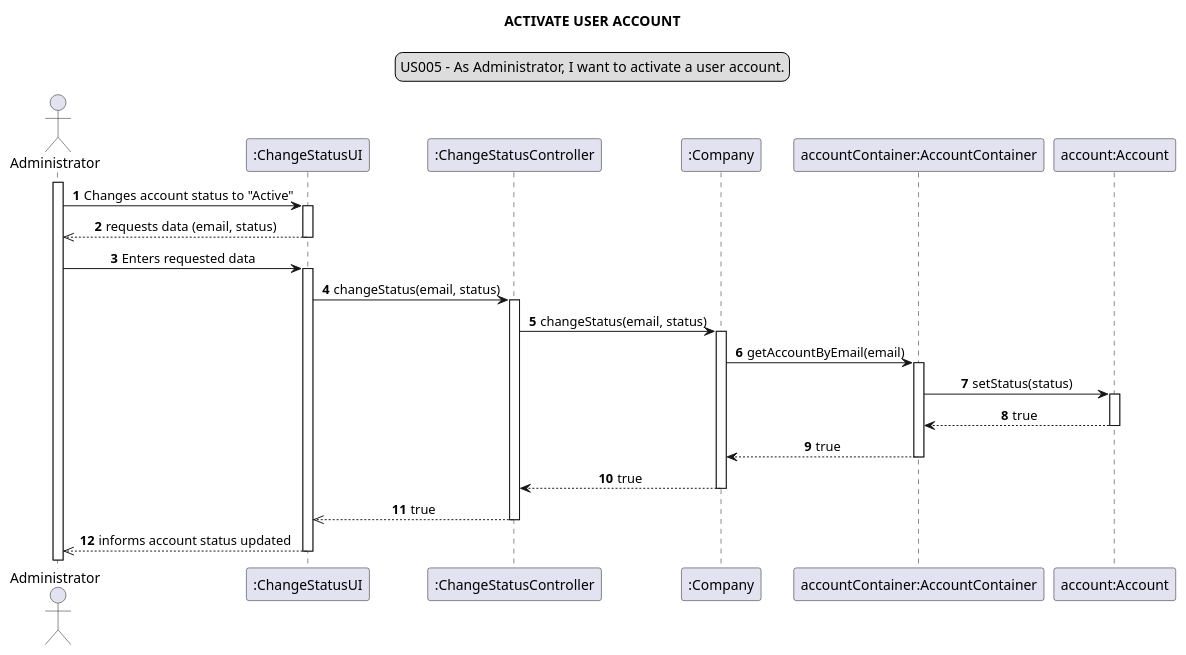
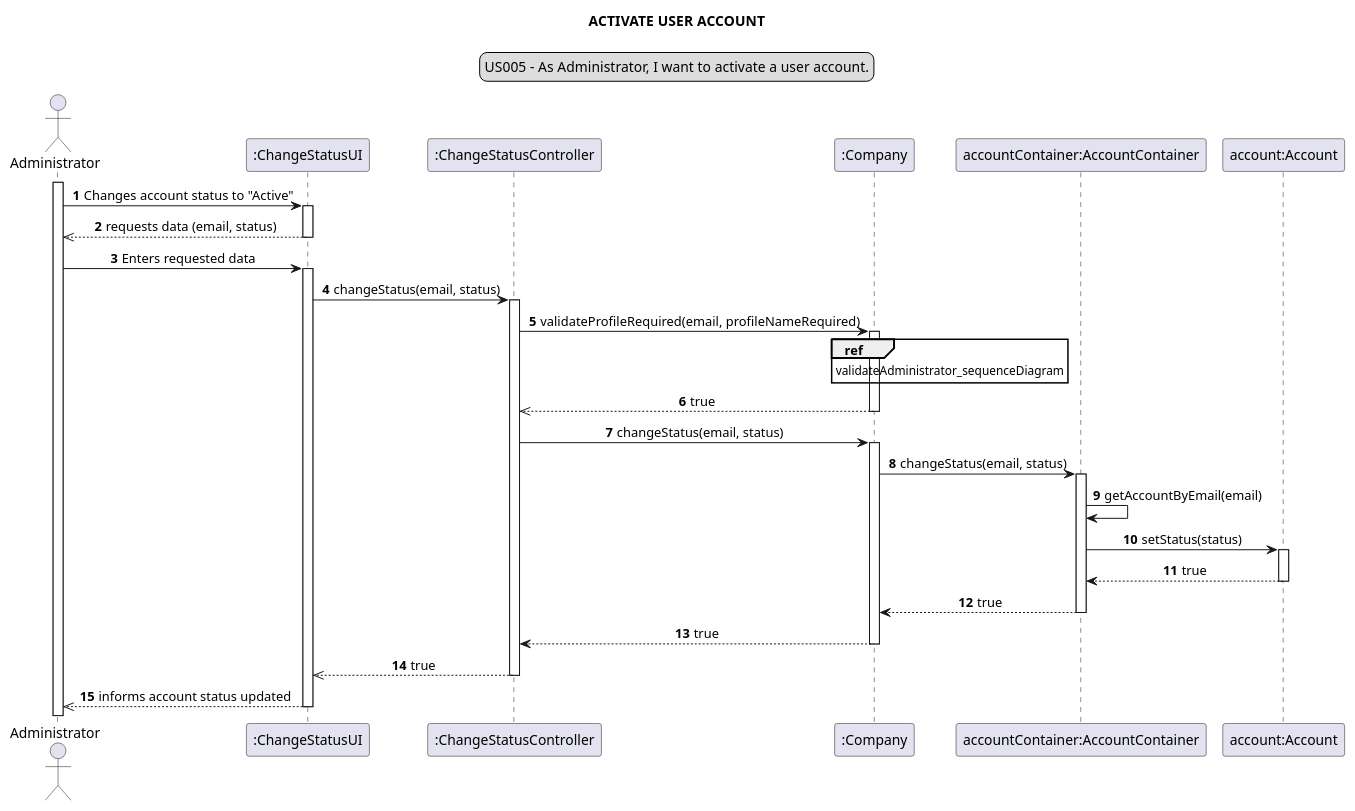
Before and after one commit to Loracline/project_switch_22-23: the diagram in docs/modelling_design/user_stories/sprint01/us006/US006_sequenceDiagram.puml, drawn with PlantUML. The commit also changed 1 other file, not shown here.

Commit message:
US005, US006: Design : refinement of Sequence Diagram

```diff
--- a/docs/modelling_design/user_stories/sprint01/us006/US006_sequenceDiagram.puml
+++ b/docs/modelling_design/user_stories/sprint01/us006/US006_sequenceDiagram.puml
@@ -1,41 +1,47 @@
 @startuml
 legend top
 US005 - As Administrator, I want to activate a user account.
 end legend
 skinparam sequenceMessageAlign center
 title ACTIVATE USER ACCOUNT
 autonumber
-actor "Administrator" as admin
+actor "Administrator" as administrator
 participant ":ChangeStatusUI" as ui
 participant ":ChangeStatusController" as controller
 participant ":Company" as company
 participant "accountContainer:AccountContainer" as container
 participant "account:Account" as account
 
-activate admin
-admin -> ui : Changes account status to "Active"
+activate administrator
+administrator -> ui : Changes account status to "Active"
 activate ui
-ui -->> admin: requests data (email, status)
+ui -->> administrator: requests data (email, status)
 deactivate ui
-admin -> ui: Enters requested data
+administrator -> ui: Enters requested data
 activate ui
 ui -> controller: changeStatus(email, status)
 activate controller
+controller -> company: validateProfileRequired(email, profileNameRequired)
+activate company
+ref over company: validateAdministrator_sequenceDiagram
+company -->> controller: true
+deactivate company
 controller -> company: changeStatus(email, status)
 activate company
-company -> container: getAccountByEmail(email)
+company -> container: changeStatus(email, status)
 activate container
+container -> container: getAccountByEmail(email)
 container -> account: setStatus(status)
 activate account
 container <-- account: true
 deactivate account
 container --> company: true
 deactivate container
 company --> controller: true
 deactivate company
 controller -->> ui: true
 deactivate controller
-ui -->> admin: informs account status updated
+ui -->> administrator: informs account status updated
 deactivate ui
 
 @enduml
```
